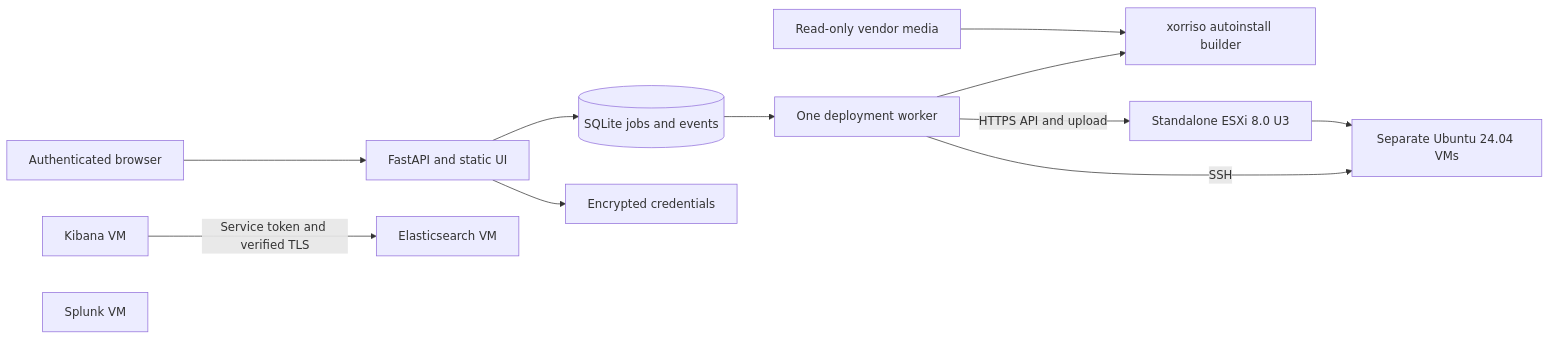
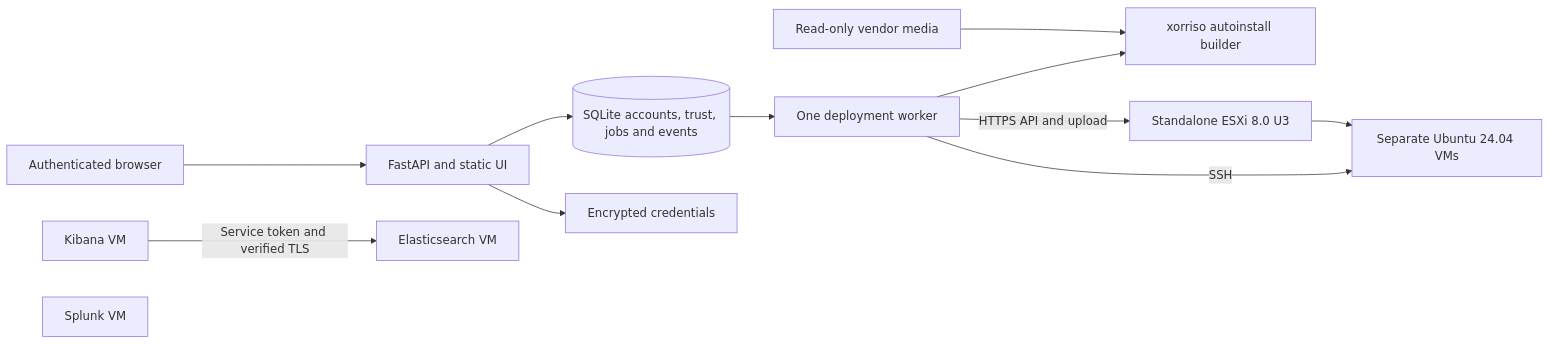
Before and after one commit to DasFunfZigste/GDeploy: the diagram in docs/ARCHITECTURE.md, drawn with Mermaid. The commit also changed other lines of this file and 20 other files, not shown here.

````diff
--- a/docs/ARCHITECTURE.md
+++ b/docs/ARCHITECTURE.md
@@ -3,14 +3,14 @@
 ```mermaid
 flowchart LR
   Browser[Authenticated browser] --> API[FastAPI and static UI]
-  API --> DB[(SQLite jobs and events)]
+  API --> DB[(SQLite accounts, trust, jobs and events)]
   API --> Vault[Encrypted credentials]
   DB --> Worker[One deployment worker]
   Media[Read-only vendor media] --> Builder[xorriso autoinstall builder]
   Worker --> Builder
   Worker -->|HTTPS API and upload| ESXi[Standalone ESXi 8.0 U3]
   ESXi --> Ubuntu[Separate Ubuntu 24.04 VMs]
   Worker -->|SSH| Ubuntu
   Kibana[Kibana VM] -->|Service token and verified TLS| Elastic[Elasticsearch VM]
   Splunk[Splunk VM]
 ```
````
